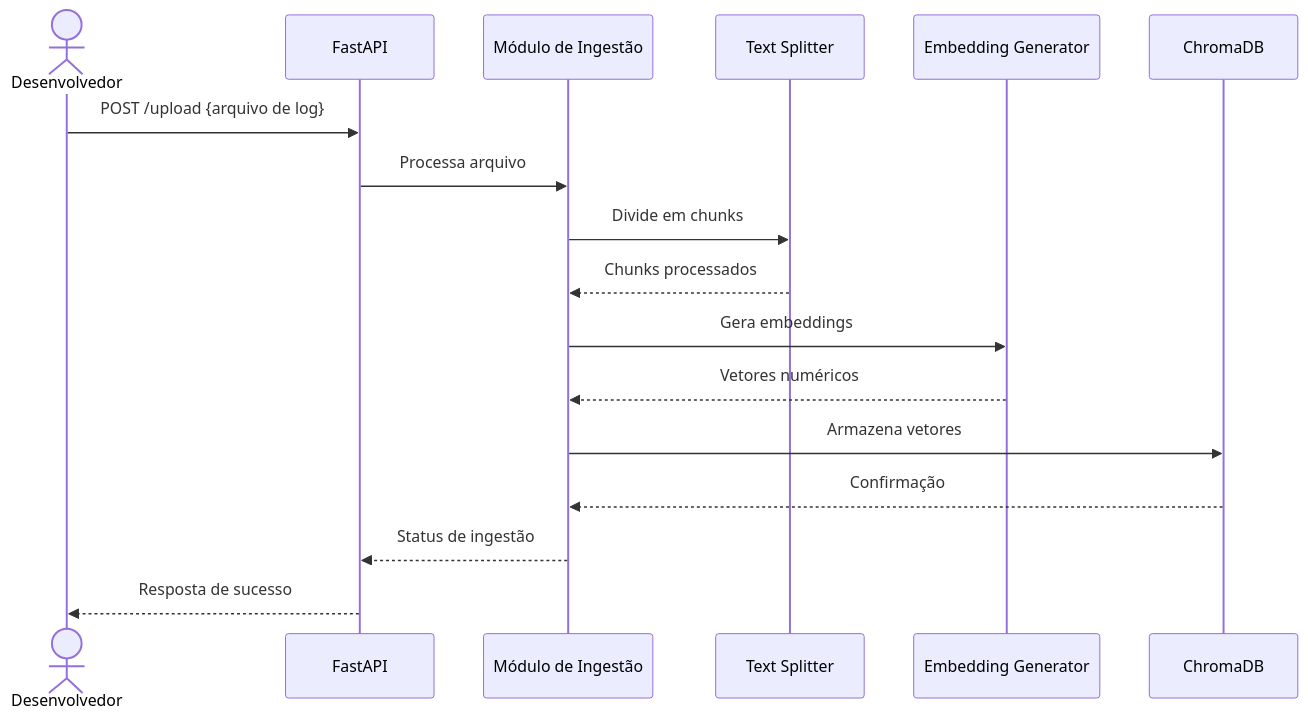
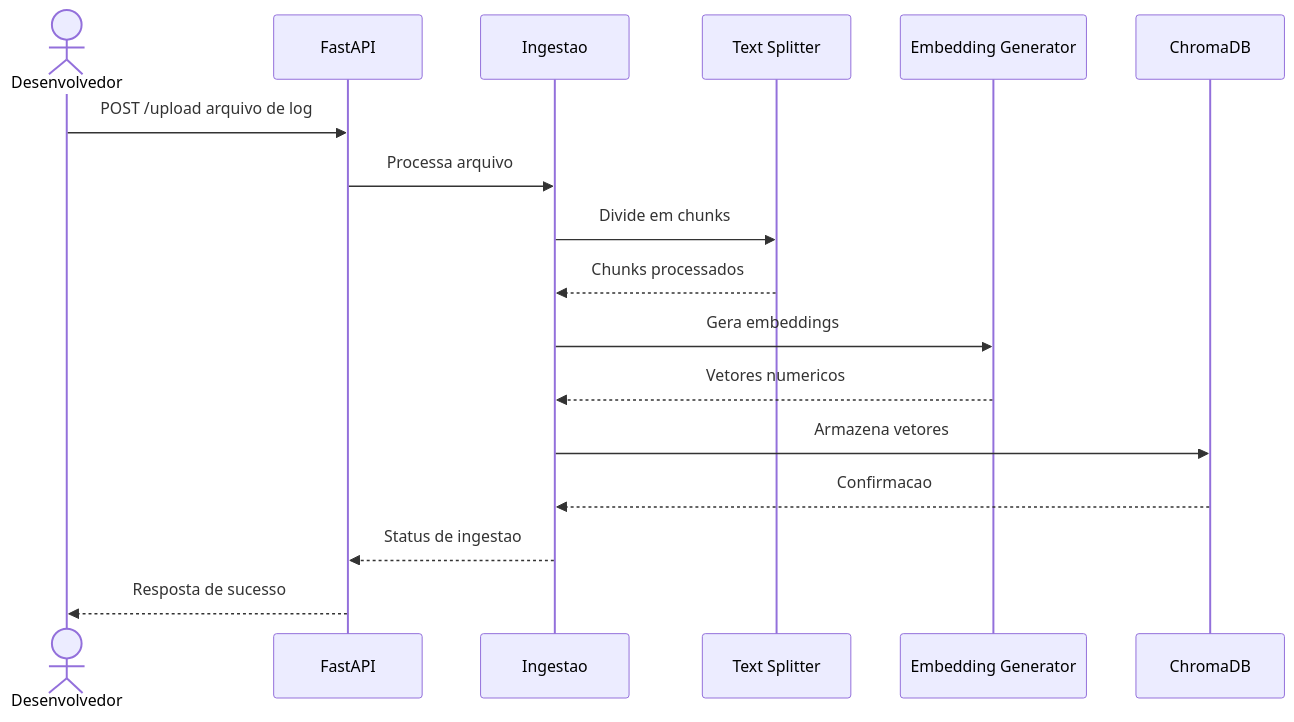
One commit to IA-para-DEVs-SD/grupo-2-semantic-log-explorer changed the third of 3 diagrams in README.md. Above: the diagram before and after it, drawn with Mermaid. The commit also changed other lines of this file, not shown here.

First line of the commit message:
docs(README): Simplify diagram labels and remove special characters

````diff
--- a/README.md
+++ b/README.md
@@ -92,20 +92,20 @@
 ```mermaid
 sequenceDiagram
     actor Dev as Desenvolvedor
     participant API as FastAPI
-    participant ING as Módulo de Ingestão
+    participant ING as Ingestao
     participant SPL as Text Splitter
     participant EMB as Embedding Generator
     participant DB as ChromaDB
 
-    Dev->>API: POST /upload {arquivo de log}
+    Dev->>API: POST /upload arquivo de log
     API->>ING: Processa arquivo
     ING->>SPL: Divide em chunks
     SPL-->>ING: Chunks processados
     ING->>EMB: Gera embeddings
-    EMB-->>ING: Vetores numéricos
+    EMB-->>ING: Vetores numericos
     ING->>DB: Armazena vetores
-    DB-->>ING: Confirmação
-    ING-->>API: Status de ingestão
+    DB-->>ING: Confirmacao
+    ING-->>API: Status de ingestao
     API-->>Dev: Resposta de sucesso
 ```
````
